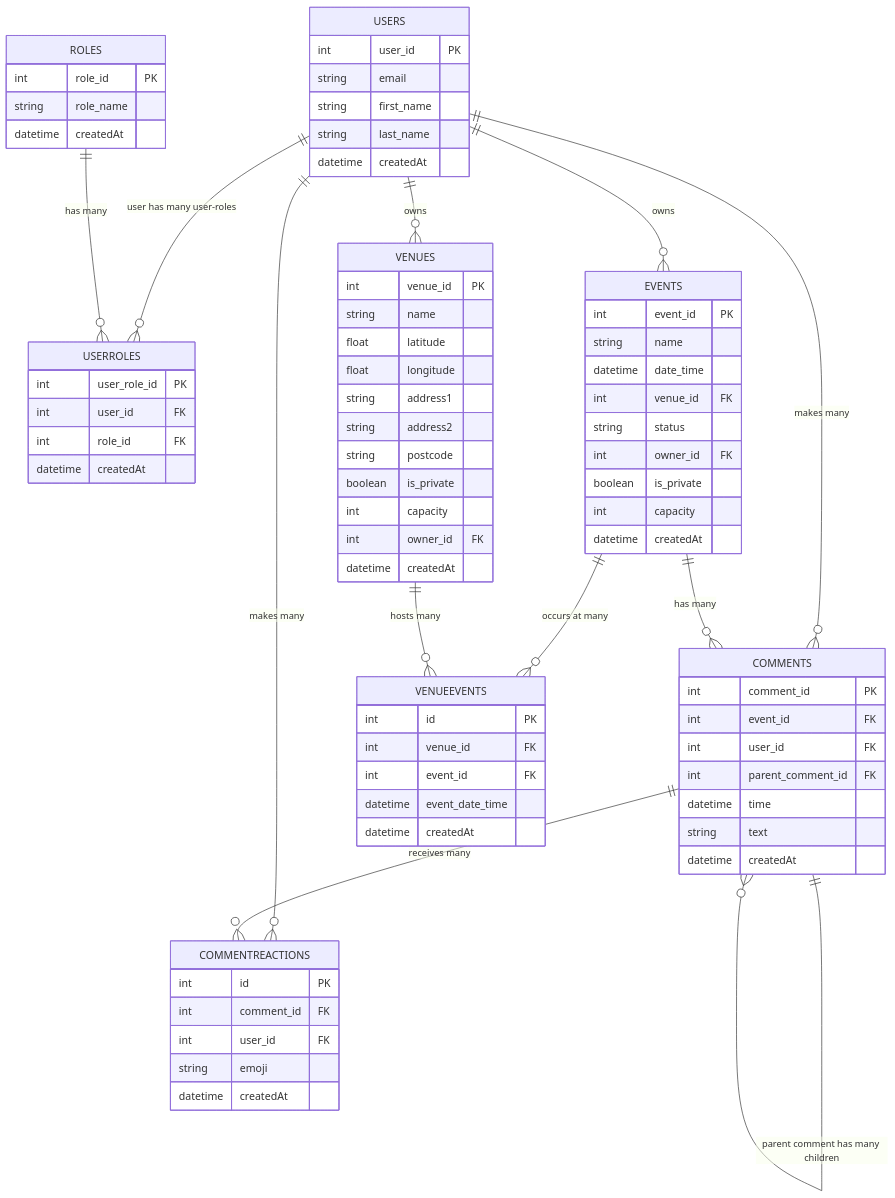
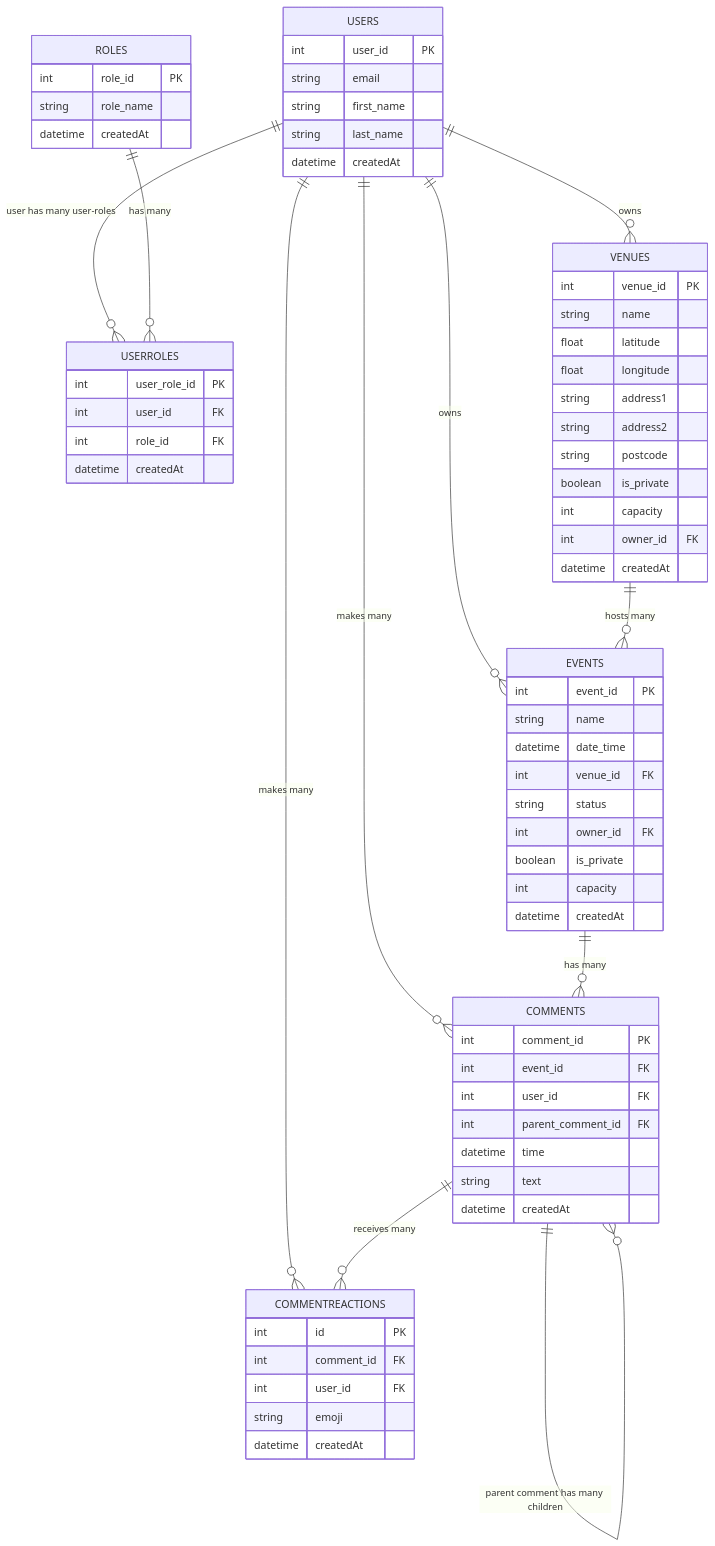
One commit to rossmawd/silver-spoon changed the diagram in relational-db-mark-one.mermaid. Above: the diagram before and after it, drawn with Mermaid.

Commit message:
removed unnecessary VenueEvent table

```diff
--- a/relational-db-mark-one.mermaid
+++ b/relational-db-mark-one.mermaid
@@ -1,86 +1,77 @@
 erDiagram
 
     USERS {
         int user_id PK
         string email
         string first_name
         string last_name
         datetime createdAt
     }
     
     ROLES {
         int role_id PK
         string role_name
         datetime createdAt
     }
     
     USERROLES {
         int user_role_id PK
         int user_id FK
         int role_id FK
         datetime createdAt
     }
     
     EVENTS {
         int event_id PK
         string name
         datetime date_time
         int venue_id FK
         string status
         int owner_id FK
         boolean is_private
         int capacity
         datetime createdAt
     }
     
     VENUES {
         int venue_id PK
         string name
         float latitude
         float longitude
         string address1
         string address2
         string postcode
         boolean is_private
         int capacity
         int owner_id FK
         datetime createdAt
     }
     
     COMMENTS {
         int comment_id PK
         int event_id FK
         int user_id FK
         int parent_comment_id FK
         datetime time
         string text
         datetime createdAt
     }
     
     COMMENTREACTIONS {
         int id PK
         int comment_id FK
         int user_id FK
         string emoji
         datetime createdAt
     }
-    
-    VENUEEVENTS {
-        int id PK
-        int venue_id FK
-        int event_id FK
-        datetime event_date_time
-        datetime createdAt
-    }
 
     USERS ||--o{ USERROLES: "user has many user-roles"
     ROLES ||--o{ USERROLES: "has many"
     USERS ||--o{ EVENTS: "owns"
     USERS ||--o{ VENUES: "owns"
     USERS ||--o{ COMMENTS: "makes many"
     USERS ||--o{ COMMENTREACTIONS: "makes many"
     EVENTS ||--o{ COMMENTS: "has many"
-    EVENTS ||--o{ VENUEEVENTS: "occurs at many"
     COMMENTS ||--o{ COMMENTREACTIONS: "receives many"
     COMMENTS ||--o{ COMMENTS: "parent comment has many children"
-    VENUES ||--o{ VENUEEVENTS: "hosts many"
+    VENUES ||--o{ EVENTS: "hosts many"
```
